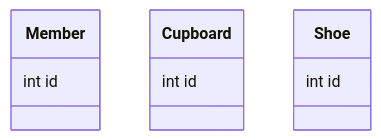
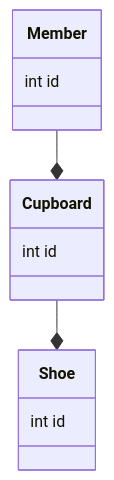
One commit to FABallemand/ProjetDeveloppementWeb changed the second of 3 diagrams in README.md. Above: the diagram before and after it, drawn with Mermaid.

Commit message:
Test UML diagram #7

````diff
--- a/README.md
+++ b/README.md
@@ -19,6 +19,8 @@
 ```mermaid
 classDiagram
 Member : int id
 Cupboard : int id
 Shoe : int id
+Member --* Cupboard
+Cupboard --* Shoe
 ```
````
